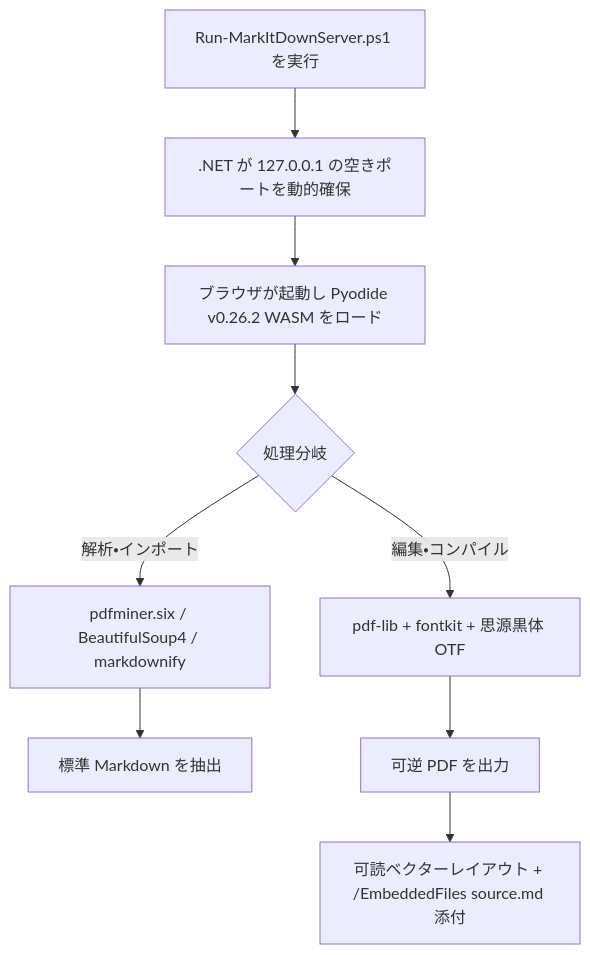
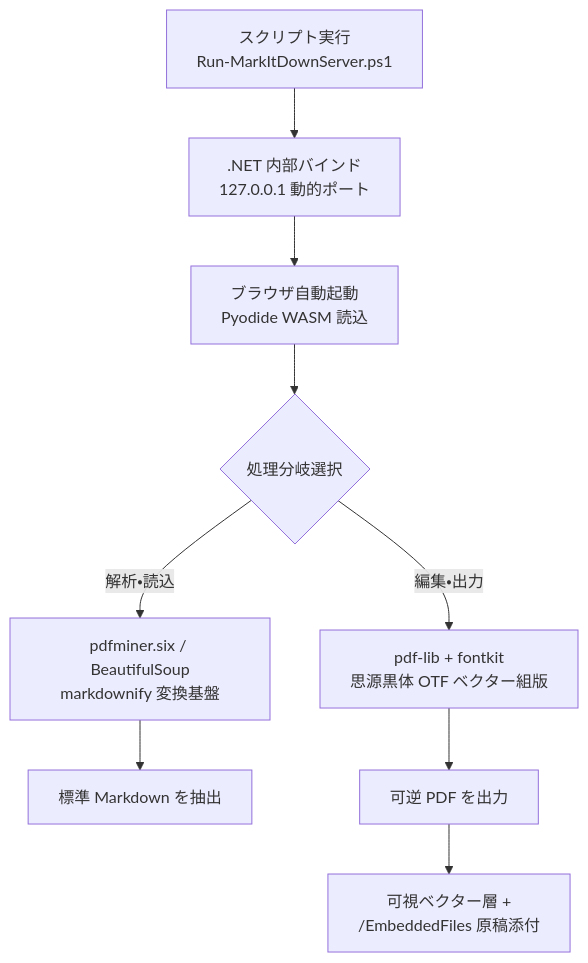
The third of 3 diagrams in README.md (ystartgo/MD_exchange), drawn with Mermaid before and after one commit. The commit also changed other lines of this file, not shown here.

````diff
--- a/README.md
+++ b/README.md
@@ -160,11 +160,11 @@
 ```mermaid
 flowchart TD
-    A[Run-MarkItDownServer.ps1 を実行] --> B[.NET が 127.0.0.1 の空きポートを動的確保]
-    B --> C[ブラウザが起動し Pyodide v0.26.2 WASM をロード]
-    C --> D{処理分岐}
-    D -->|解析・インポート| E[pdfminer.six / BeautifulSoup4 / markdownify]
-    D -->|編集・コンパイル| F[pdf-lib + fontkit + 思源黒体 OTF]
+    A[スクリプト実行<br/>Run-MarkItDownServer.ps1] --> B[.NET 内部バインド<br/>127.0.0.1 動的ポート]
+    B --> C[ブラウザ自動起動<br/>Pyodide WASM 読込]
+    C --> D{処理分岐選択}
+    D -->|解析・読込| E[pdfminer.six / BeautifulSoup<br/>markdownify 変換基盤]
+    D -->|編集・出力| F[pdf-lib + fontkit<br/>思源黒体 OTF ベクター組版]
     E --> G[標準 Markdown を抽出]
     F --> H[可逆 PDF を出力]
-    H --> I[可読ベクターレイアウト + /EmbeddedFiles source.md 添付]
+    H --> I[可視ベクター層 +<br/>/EmbeddedFiles 原稿添付]
 ```
````
